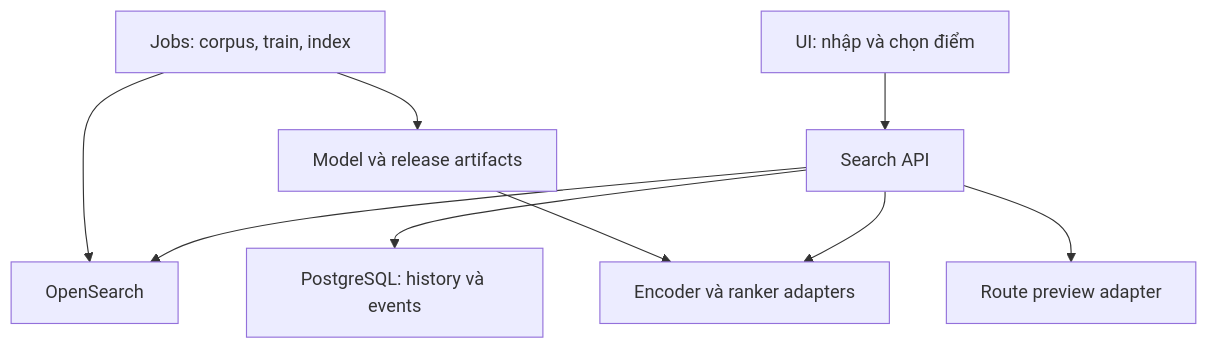
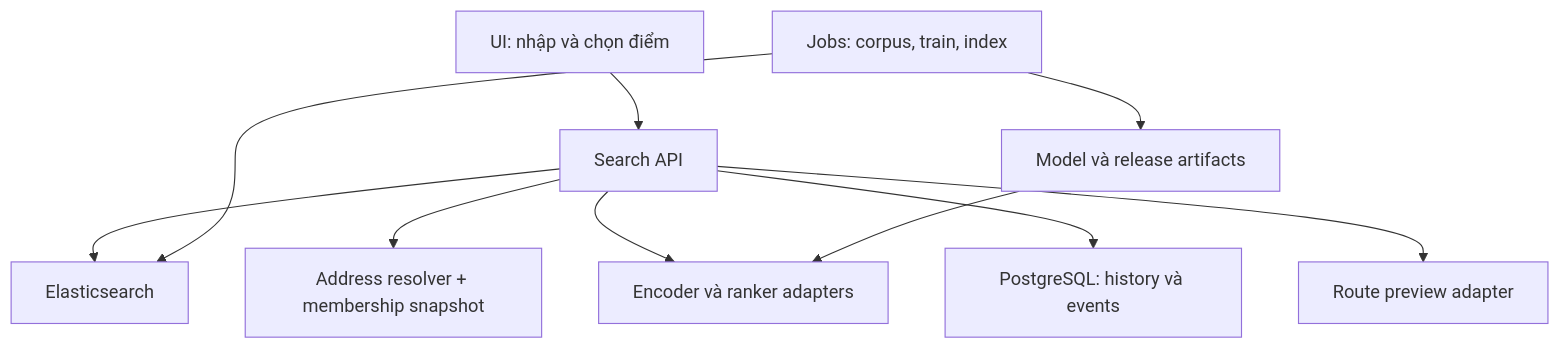
One commit to duckymoimoi/search-location-optimize changed the second of 6 diagrams in docs/specs/SYSTEM_DESIGN.md. Above: the diagram before and after it, drawn with Mermaid. The commit also changed other lines of this file and 321 other files, not shown here.

First line of the commit message:
Publish the current SEARCH 2.0 snapshot: corpus v3, Gold POI v2.1, and brand Gold v1.

````diff
--- a/docs/specs/SYSTEM_DESIGN.md
+++ b/docs/specs/SYSTEM_DESIGN.md
@@ -59,11 +66,12 @@
 ```mermaid
 flowchart TD
     U["UI: nhập và chọn điểm"] --> A["Search API"]
-    A --> S["OpenSearch"]
+    A --> S["Elasticsearch"]
+    A --> D["Address resolver + membership snapshot"]
     A --> M["Encoder và ranker adapters"]
     A --> H["PostgreSQL: history và events"]
     J["Jobs: corpus, train, index"] --> S
     J --> B["Model và release artifacts"]
     B --> M
     A --> R["Route preview adapter"]
 ```
````
